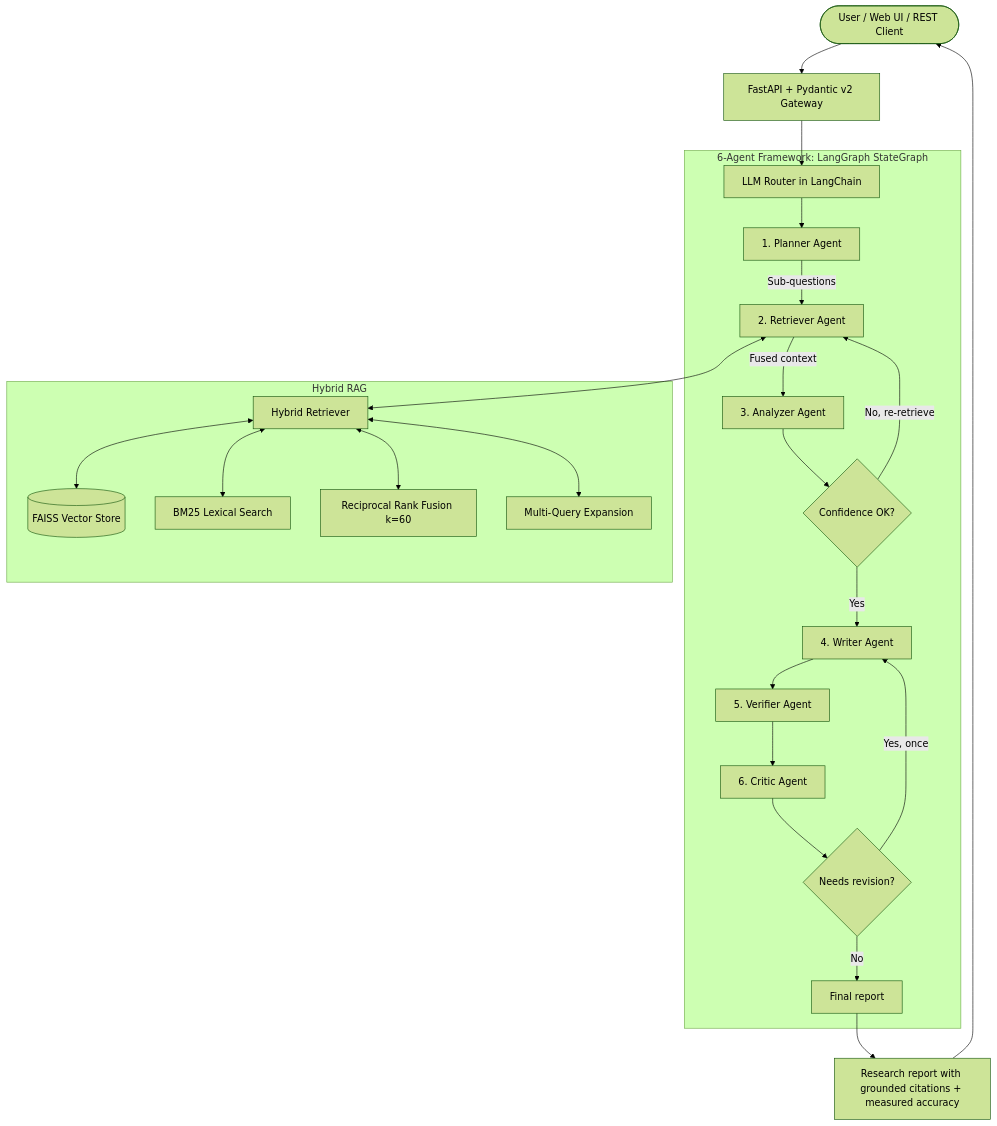
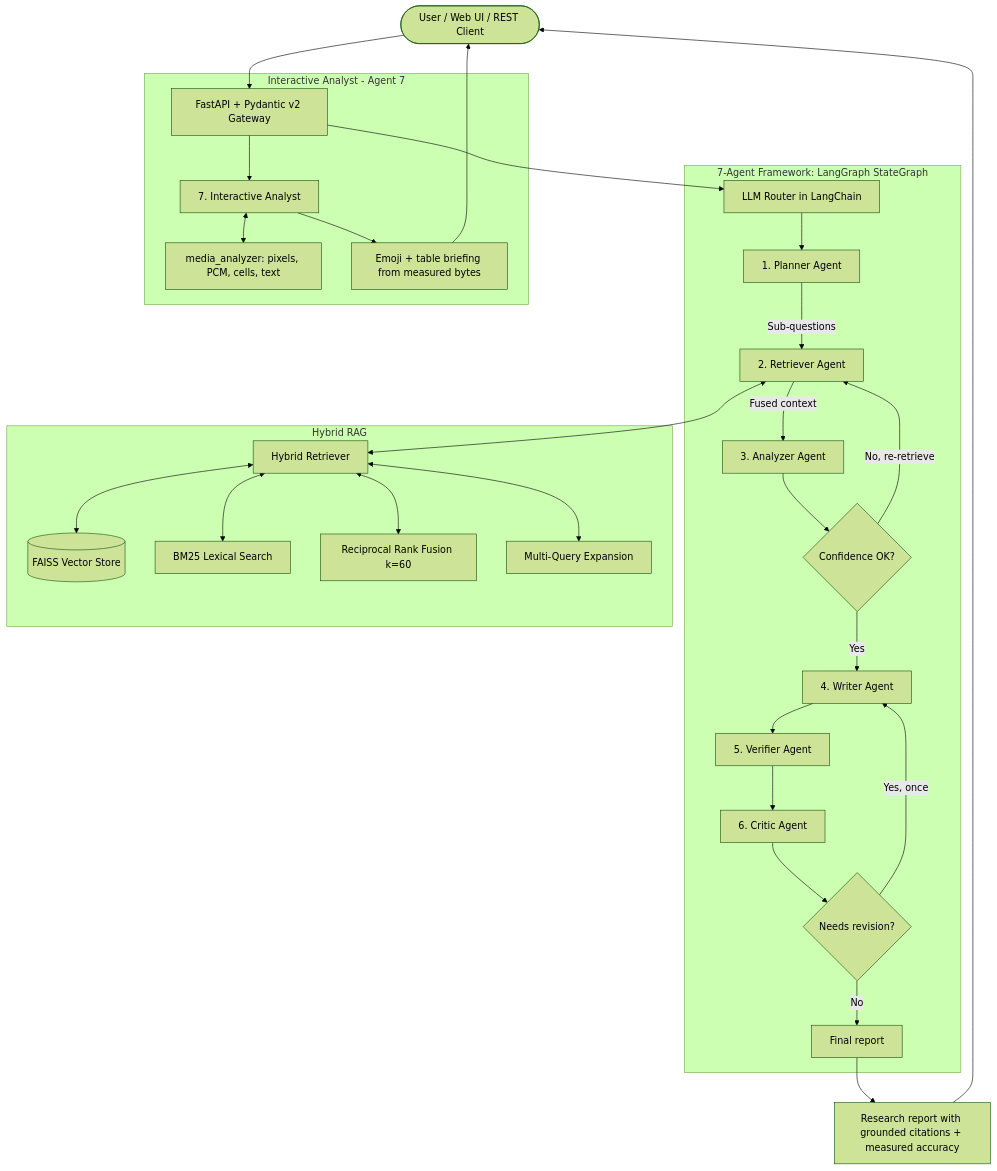
Before and after one commit to smit45-m/multi-agent-research-assistant: the diagram in README.md, drawn with Mermaid (forest theme). The commit also changed other lines of this file and 12 other files, not shown here.

First line of the commit message:
polish: README 7-agent docs + Analyst Lab section, CI mypy gate, clickable follow-ups

````diff
--- a/README.md
+++ b/README.md
@@ -78,30 +79,37 @@
 ```mermaid
 graph TD
     User([User / Web UI / REST Client]) --> API[FastAPI + Pydantic v2 Gateway]
     API --> Router[LLM Router in LangChain]
 
-    subgraph MultiAgent [6-Agent Framework: LangGraph StateGraph]
+    subgraph MultiAgent [7-Agent Framework: LangGraph StateGraph]
         Router --> Agent1[1. Planner Agent]
         Agent1 -->|Sub-questions| Agent2[2. Retriever Agent]
         Agent2 -->|Fused context| Agent3[3. Analyzer Agent]
         Agent3 --> ConfEdge{Confidence OK?}
         ConfEdge -- No, re-retrieve --> Agent2
         ConfEdge -- Yes --> Agent4[4. Writer Agent]
         Agent4 --> Agent5[5. Verifier Agent]
         Agent5 --> Agent6[6. Critic Agent]
         Agent6 --> RevEdge{Needs revision?}
         RevEdge -- Yes, once --> Agent4
         RevEdge -- No --> Done[Final report]
     end
 
     subgraph RAGPipeline [Hybrid RAG]
         Agent2 <--> Hybrid[Hybrid Retriever]
         Hybrid <--> Dense[(FAISS Vector Store)]
         Hybrid <--> Sparse[BM25 Lexical Search]
         Hybrid <--> RRF[Reciprocal Rank Fusion k=60]
         Hybrid <--> MultiQ[Multi-Query Expansion]
     end
 
+    subgraph Multimodal [Interactive Analyst - Agent 7]
+        API --> Agent7[7. Interactive Analyst]
+        Agent7 <--> Media[media_analyzer: pixels, PCM, cells, text]
+        Agent7 --> Brief[Emoji + table briefing from measured bytes]
+    end
+
     Done --> Report[Research report with grounded citations + measured accuracy]
     Report --> User
+    Brief --> User
 ```
````
